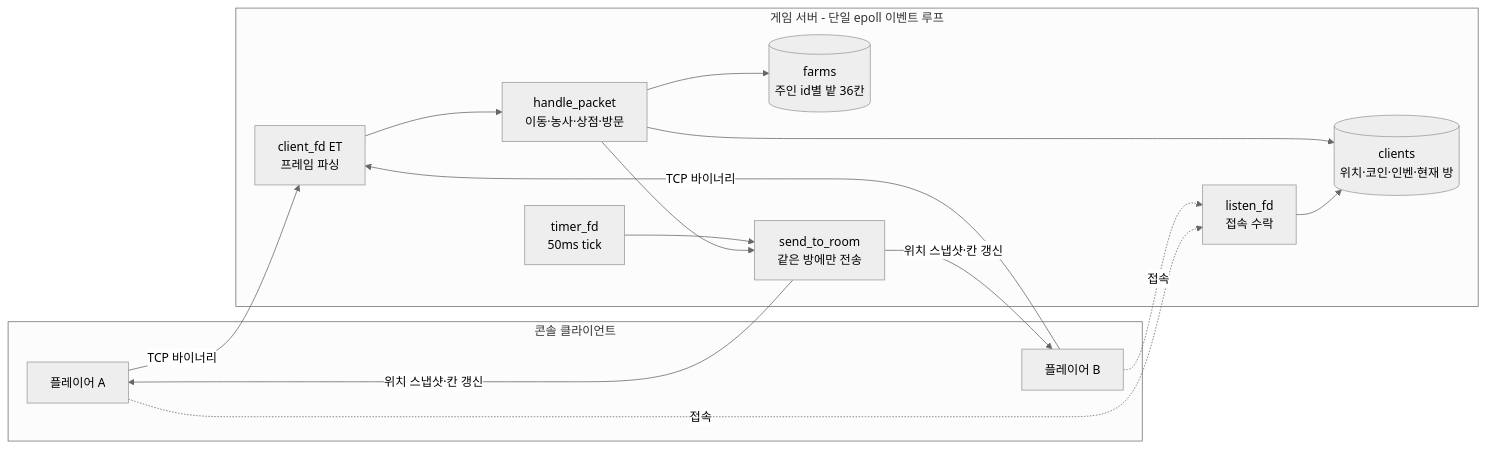
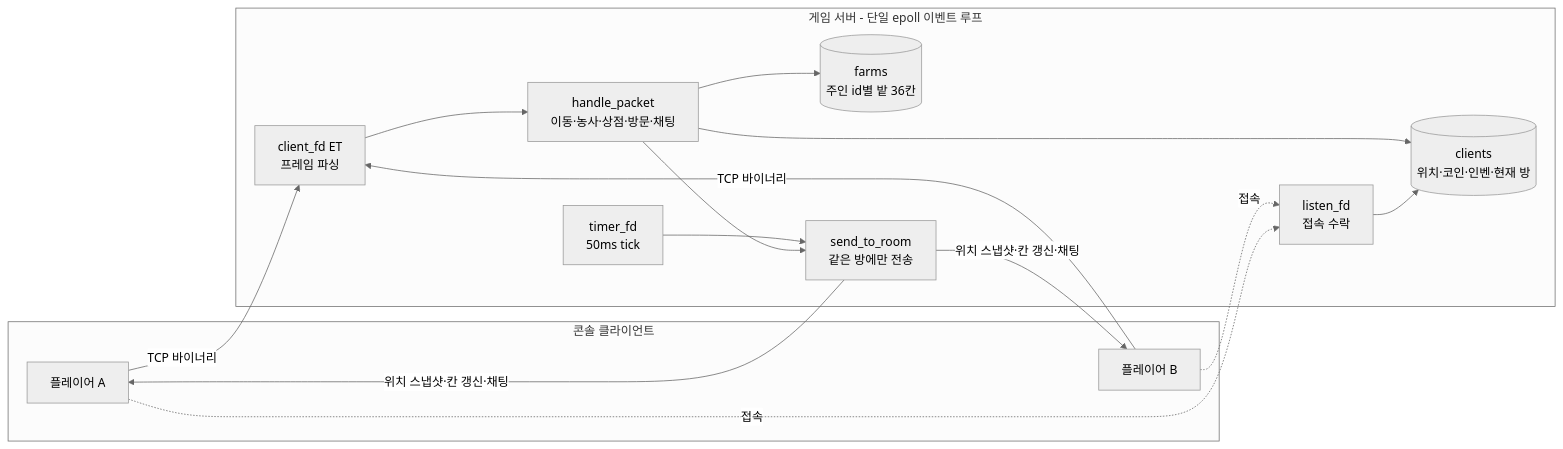
Before and after one commit to myandue/pumasi-server: the diagram in README.md, drawn with Mermaid (neutral theme). The commit also changed other lines of this file, not shown here.

````diff
--- a/README.md
+++ b/README.md
@@ -52,25 +52,25 @@
 ```mermaid
 flowchart LR
     subgraph clients [콘솔 클라이언트]
         A[플레이어 A]
         B[플레이어 B]
     end
     subgraph server [게임 서버 - 단일 epoll 이벤트 루프]
         L[listen_fd<br/>접속 수락]
         T[timer_fd<br/>50ms tick]
         C[client_fd ET<br/>프레임 파싱]
-        H[handle_packet<br/>이동·농사·상점·방문]
+        H[handle_packet<br/>이동·농사·상점·방문·채팅]
         F[(farms<br/>주인 id별 밭 36칸)]
         P[(clients<br/>위치·코인·인벤·현재 방)]
         R[send_to_room<br/>같은 방에만 전송]
     end
     A & B -. 접속 .-> L
     L --> P
     A & B -- TCP 바이너리 --> C
     C --> H
     H --> F
     H --> P
     H --> R
     T --> R
-    R -- 위치 스냅샷·칸 갱신 --> A & B
+    R -- 위치 스냅샷·칸 갱신·채팅 --> A & B
 ```
````
